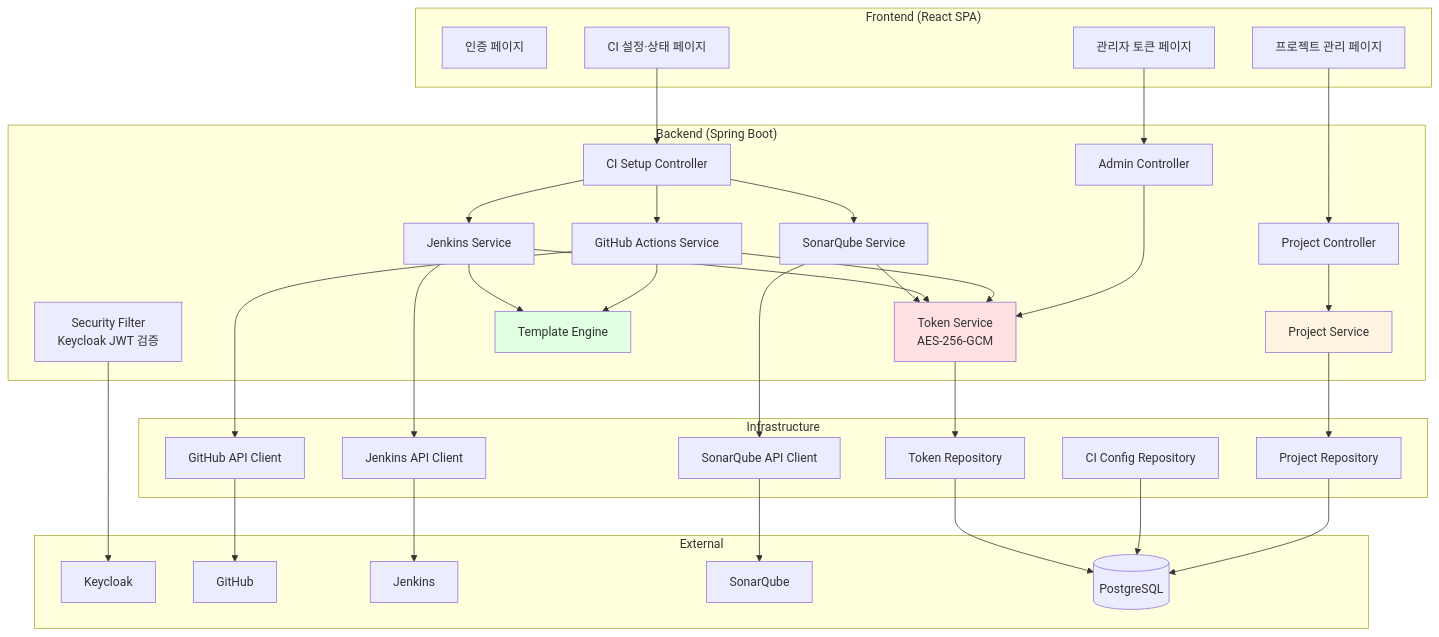
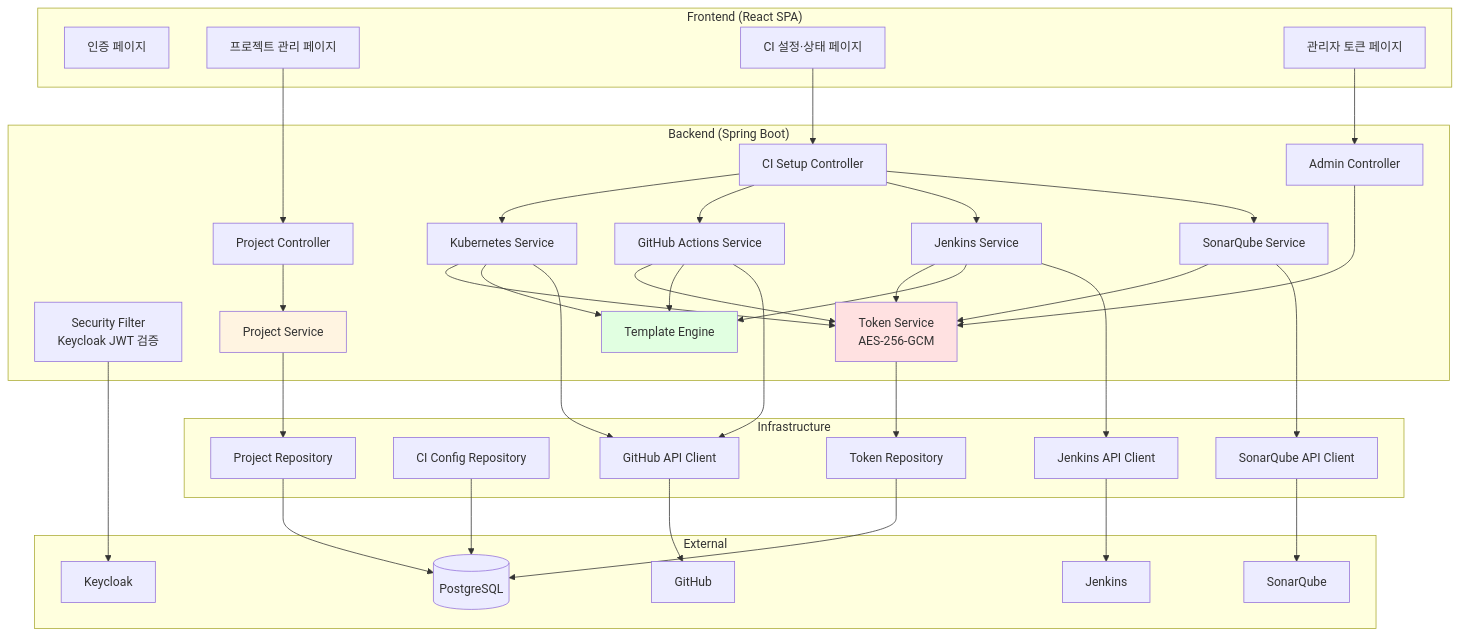
One commit to kost0806/ci-hub changed the first of 8 diagrams in docs/hld/components.md. Above: the diagram before and after it, drawn with Mermaid. The commit also changed other lines of this file and 3 other files, not shown here.

````diff
--- a/docs/hld/components.md
+++ b/docs/hld/components.md
@@ -26,72 +26,77 @@
 ```mermaid
 graph TB
     subgraph "Frontend (React SPA)"
         AuthPages[인증 페이지]
         ProjectPages[프로젝트 관리 페이지]
         CIPages[CI 설정·상태 페이지]
         AdminPages[관리자 토큰 페이지]
     end
 
     subgraph "Backend (Spring Boot)"
         SecurityFilter[Security Filter<br/>Keycloak JWT 검증]
         ProjectController[Project Controller]
         CIController[CI Setup Controller]
         AdminController[Admin Controller]
         ProjectService[Project Service]
+        KubernetesService[Kubernetes Service]
         GitHubActionsService[GitHub Actions Service]
         JenkinsService[Jenkins Service]
         SonarQubeService[SonarQube Service]
         TokenService[Token Service<br/>AES-256-GCM]
         TemplateEngine[Template Engine]
     end
 
     subgraph "Infrastructure"
         ProjectRepo[Project Repository]
         CIConfigRepo[CI Config Repository]
         TokenRepo[Token Repository]
         GitHubClient[GitHub API Client]
         JenkinsClient[Jenkins API Client]
         SonarQubeClient[SonarQube API Client]
     end
 
     subgraph "External"
         KC[Keycloak]
         GH[GitHub]
         JK[Jenkins]
         SQ[SonarQube]
         PG[(PostgreSQL)]
     end
 
     ProjectPages --> ProjectController
     CIPages --> CIController
     AdminPages --> AdminController
     SecurityFilter --> KC
 
     ProjectController --> ProjectService
+    CIController --> KubernetesService
     CIController --> GitHubActionsService
     CIController --> JenkinsService
     CIController --> SonarQubeService
     AdminController --> TokenService
 
     ProjectService --> ProjectRepo
+    KubernetesService --> TokenService
+    KubernetesService --> TemplateEngine
+    KubernetesService --> GitHubClient
     GitHubActionsService --> TokenService
     GitHubActionsService --> TemplateEngine
     GitHubActionsService --> GitHubClient
     JenkinsService --> TokenService
     JenkinsService --> TemplateEngine
     JenkinsService --> JenkinsClient
     SonarQubeService --> TokenService
     SonarQubeService --> SonarQubeClient
     TokenService --> TokenRepo
 
     ProjectRepo --> PG
     CIConfigRepo --> PG
     TokenRepo --> PG
     GitHubClient --> GH
     JenkinsClient --> JK
     SonarQubeClient --> SQ
 
     style ProjectService fill:#fff4e1
     style TokenService fill:#ffe1e1
     style TemplateEngine fill:#e1ffe1
 ```
````
